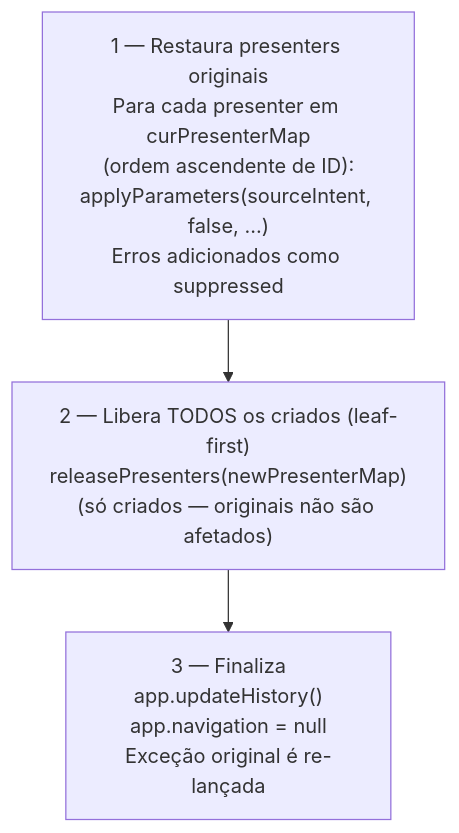
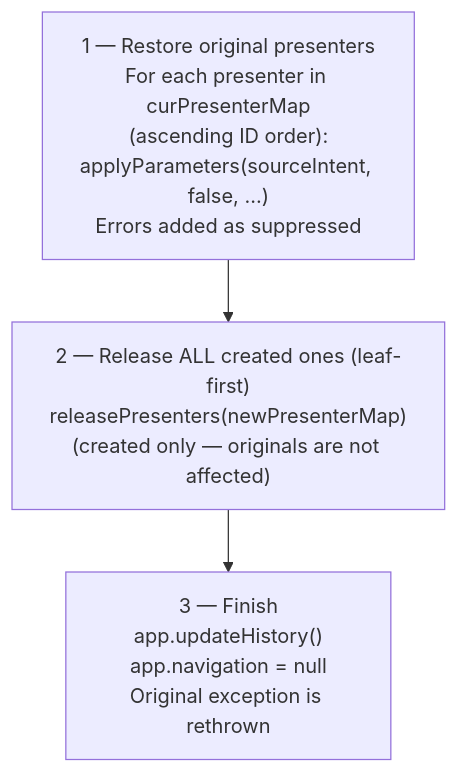
Before and after one commit to mrcdom/wdc-cube-kotlin: the fourth of 19 diagrams in docs/architecture-cube.md, drawn with Mermaid. The commit also changed other lines of this file and 10 other files, not shown here.

First line of the commit message:
docs: architecture docs and top-level READMEs in US English

````diff
--- a/docs/architecture-cube.md
+++ b/docs/architecture-cube.md
@@ -251,5 +251,5 @@
 ```mermaid
 flowchart TD
-    R1["1 — Restaura presenters originais\nPara cada presenter em curPresenterMap\n(ordem ascendente de ID):\napplyParameters(sourceIntent, false, ...)\nErros adicionados como suppressed"] --> R2["2 — Libera TODOS os criados (leaf-first)\nreleasePresenters(newPresenterMap)\n(só criados — originais não são afetados)"]
-    R2 --> R3["3 — Finaliza\napp.updateHistory()\napp.navigation = null\nExceção original é re-lançada"]
+    R1["1 — Restore original presenters\nFor each presenter in curPresenterMap\n(ascending ID order):\napplyParameters(sourceIntent, false, ...)\nErrors added as suppressed"] --> R2["2 — Release ALL created ones (leaf-first)\nreleasePresenters(newPresenterMap)\n(created only — originals are not affected)"]
+    R2 --> R3["3 — Finish\napp.updateHistory()\napp.navigation = null\nOriginal exception is rethrown"]
 ```
````
